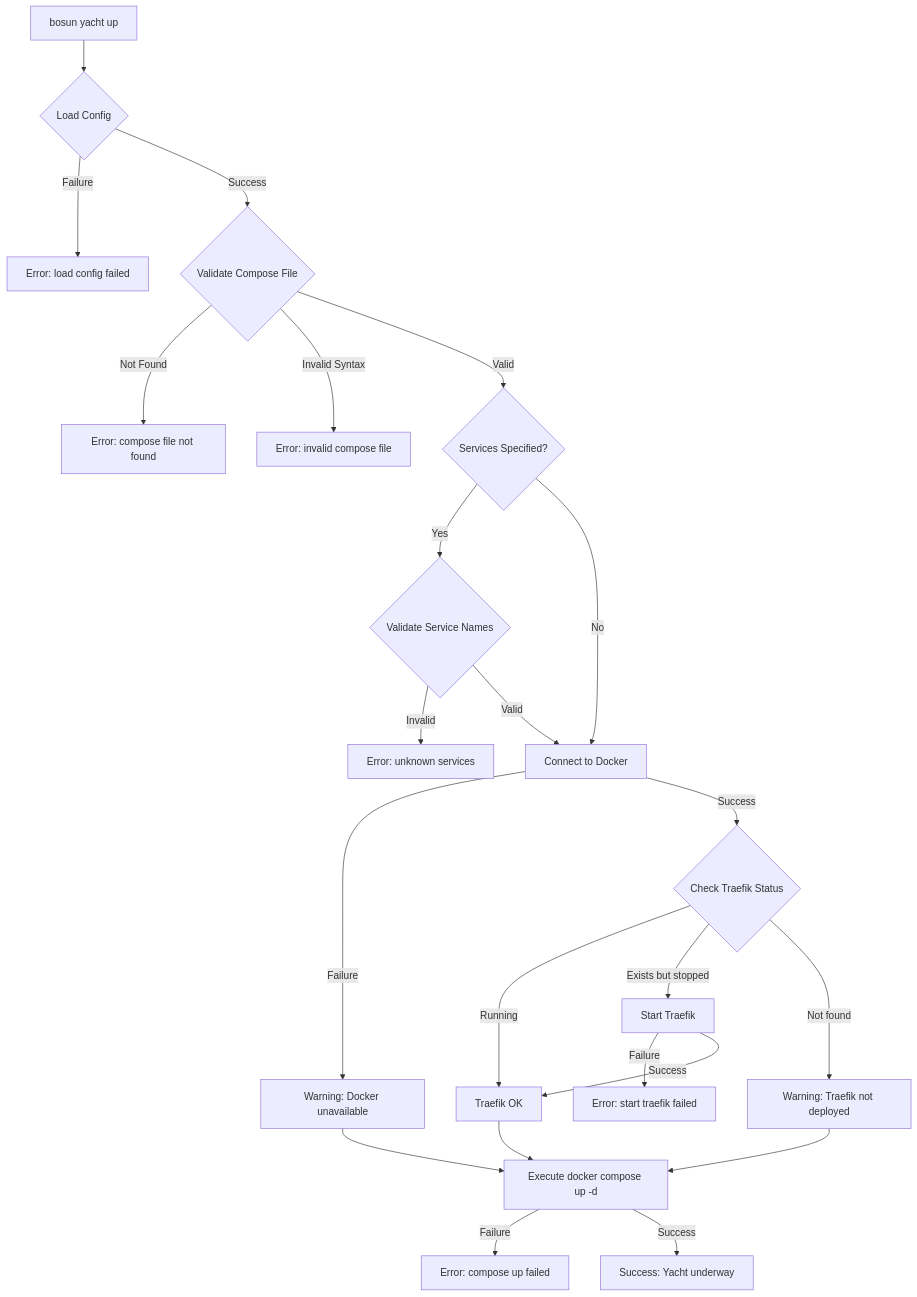
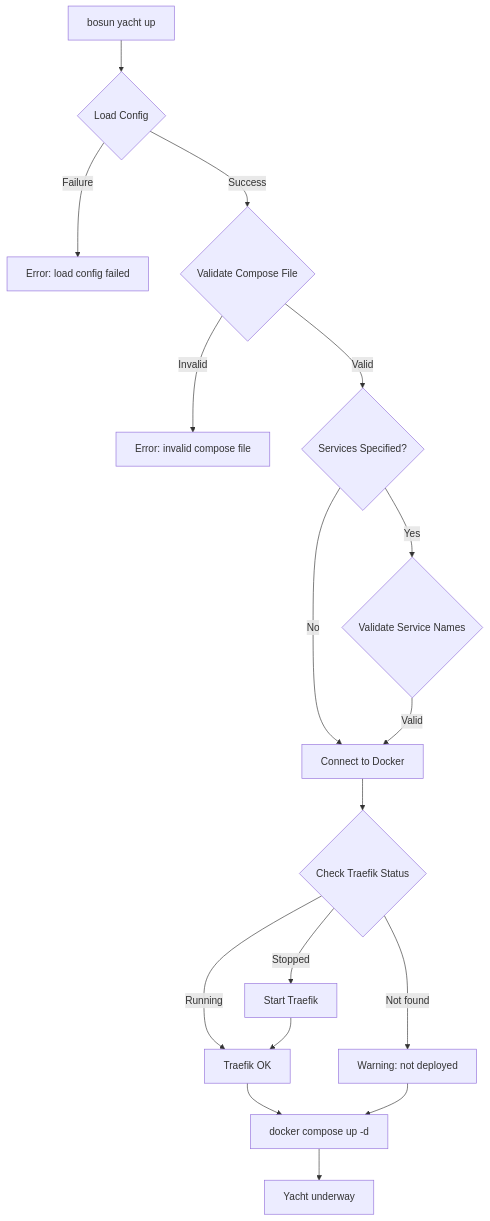
The second of 7 diagrams in docs/workflows.md (cameronsjo/bosun), drawn with Mermaid before and after one commit. The commit also changed other lines of this file and 8 other files, not shown here.

First line of the commit message:
docs: modernize mermaid diagrams across all docs

````diff
--- a/docs/workflows.md
+++ b/docs/workflows.md
@@ -107,33 +101,26 @@
 ```mermaid
 flowchart TD
-    A[bosun yacht up] --> B{Load Config}
-    B -->|Failure| B_ERR[Error: load config failed]
-    B -->|Success| C{Validate Compose File}
+    Start[bosun yacht up] --> LoadConfig{Load Config}
+    LoadConfig -->|Failure| ConfigErr[Error: load config failed]
+    LoadConfig -->|Success| ValidateCompose{Validate Compose File}
 
-    C -->|Not Found| C_ERR1[Error: compose file not found]
-    C -->|Invalid Syntax| C_ERR2[Error: invalid compose file]
-    C -->|Valid| D{Services Specified?}
+    ValidateCompose -->|Invalid| ComposeErr[Error: invalid compose file]
+    ValidateCompose -->|Valid| CheckServices{Services Specified?}
 
-    D -->|Yes| E{Validate Service Names}
-    D -->|No| F[Connect to Docker]
+    CheckServices -->|Yes| ValidateNames{Validate Service Names}
+    CheckServices -->|No| ConnectDocker[Connect to Docker]
+    ValidateNames -->|Valid| ConnectDocker
 
-    E -->|Invalid| E_ERR[Error: unknown services]
-    E -->|Valid| F
+    ConnectDocker --> CheckTraefik{Check Traefik Status}
 
-    F -->|Failure| F_WARN[Warning: Docker unavailable]
-    F -->|Success| G{Check Traefik Status}
+    CheckTraefik -->|Running| TraefikOK[Traefik OK]
+    CheckTraefik -->|Stopped| StartTraefik[Start Traefik]
+    CheckTraefik -->|Not found| TraefikWarn[Warning: not deployed]
 
-    G -->|Running| H[Traefik OK]
-    G -->|Exists but stopped| I[Start Traefik]
-    G -->|Not found| J[Warning: Traefik not deployed]
+    StartTraefik --> TraefikOK
 
-    I -->|Failure| I_ERR[Error: start traefik failed]
-    I -->|Success| H
+    TraefikOK --> ComposeUp[docker compose up -d]
+    TraefikWarn --> ComposeUp
 
-    H --> K[Execute docker compose up -d]
-    J --> K
-    F_WARN --> K
-
-    K -->|Failure| K_ERR[Error: compose up failed]
-    K -->|Success| L[Success: Yacht underway]
+    ComposeUp --> Success[Yacht underway]
 ```
````
